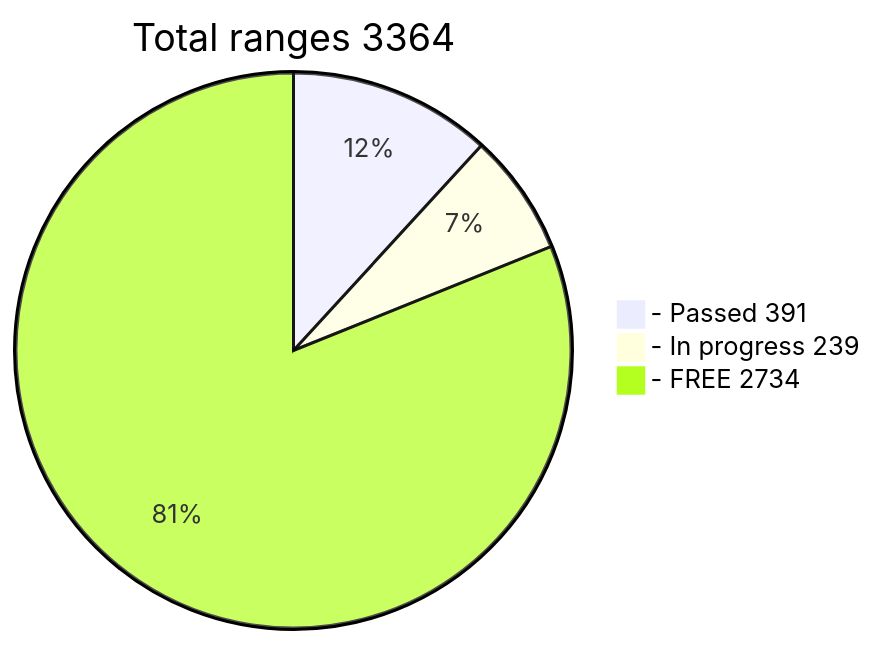
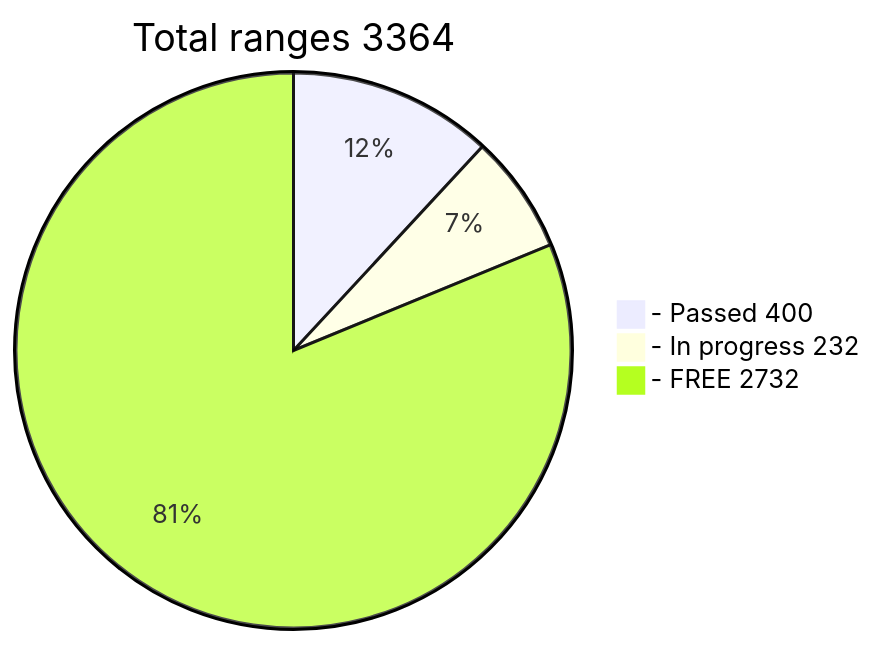
Before and after one commit to phrutis/wif500: the diagram in README.md, drawn with Mermaid.

````diff
--- a/README.md
+++ b/README.md
@@ -16,6 +16,6 @@
 ```mermaid
 pie title Total ranges 3364
-  "- Passed 391" : 398
-  "- In progress 239" : 239
-  "- FREE 2734" : 2734
+  "- Passed 400" : 400
+  "- In progress 232" : 232
+  "- FREE 2732" : 2732
 ```
````
